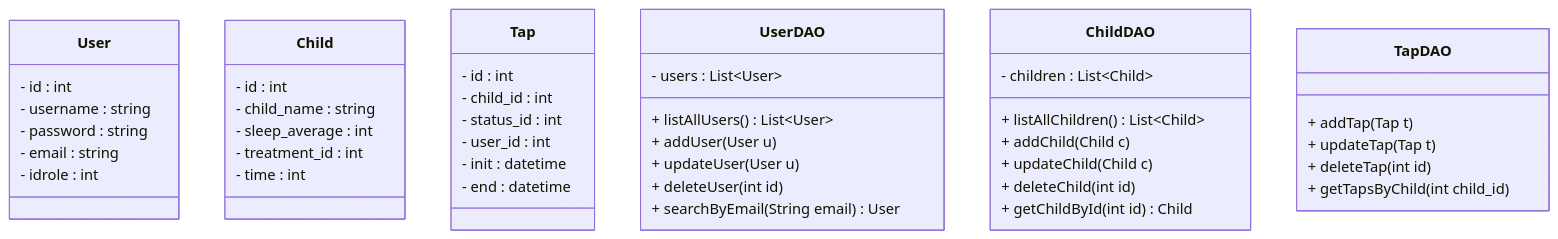
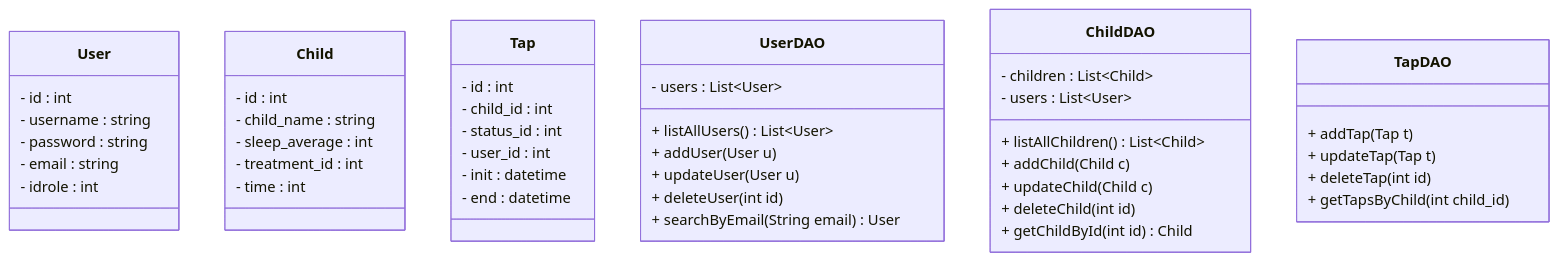
Before and after one commit to Heros190/Entorns-25-26: the diagram in Diagramas mermaid/Prototip2.mmd, drawn with Mermaid.

```diff
--- a/Diagramas mermaid/Prototip2.mmd
+++ b/Diagramas mermaid/Prototip2.mmd
@@ -1,51 +1,52 @@
 classDiagram
 
 class User {
   - id : int
   - username : string
   - password : string
   - email : string
   - idrole : int
 }
 
 class Child {
   - id : int
   - child_name : string
   - sleep_average : int
   - treatment_id : int
   - time : int
 }
 
 class Tap {
   - id : int
   - child_id : int
   - status_id : int
   - user_id : int
   - init : datetime
   - end : datetime
 }
 
 class UserDAO {
   - users : List~User~
   + listAllUsers() List~User~
   + addUser(User u)
   + updateUser(User u)
   + deleteUser(int id)
   + searchByEmail(String email) User
 }
 
 class ChildDAO {
   - children : List~Child~
+  - users : List~User~
   + listAllChildren() List~Child~
   + addChild(Child c)
   + updateChild(Child c)
   + deleteChild(int id)
   + getChildById(int id) Child
 }
 
 class TapDAO {
   + addTap(Tap t)
   + updateTap(Tap t)
   + deleteTap(int id)
   + getTapsByChild(int child_id) 
 }
```
